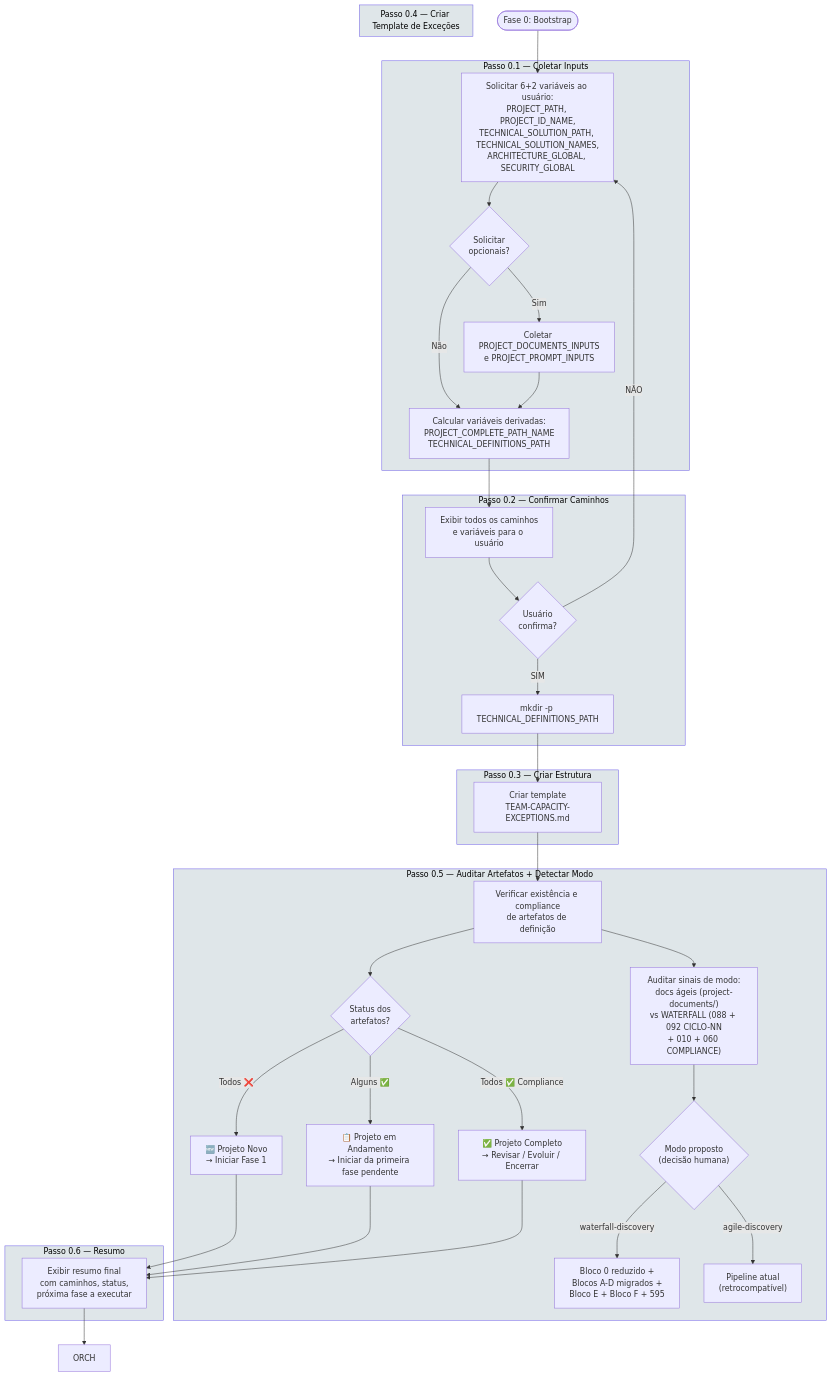
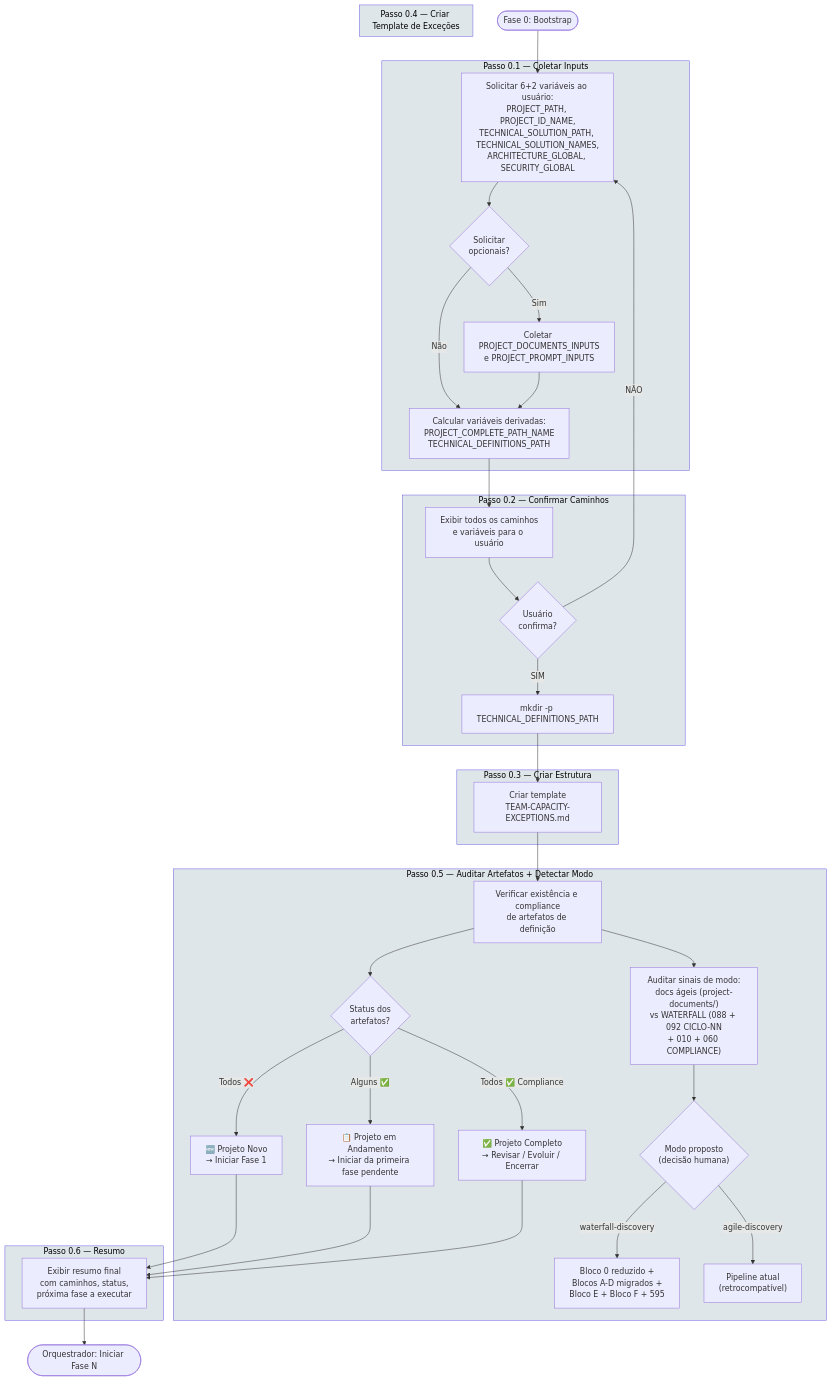
The second of 11 diagrams in .specs/prompts/project-technical-definitions/FLOWCHART-PROMPT-ROADMAP-GENERATE-PROJECT-TECHNICAL-DEFINITIONS.md (bolismar69/workspace-fbso), drawn with Mermaid before and after one commit. The commit also changed other lines of this file and 16 other files, not shown here.

First line of the commit message:
fix: consistência geral dos roadmaps e flowcharts — versões, Mermaid e referências internas

````diff
--- a/.specs/prompts/project-technical-definitions/FLOWCHART-PROMPT-ROADMAP-GENERATE-PROJECT-TECHNICAL-DEFINITIONS.md
+++ b/.specs/prompts/project-technical-definitions/FLOWCHART-PROMPT-ROADMAP-GENERATE-PROJECT-TECHNICAL-DEFINITIONS.md
@@ -124,51 +124,52 @@
 ```mermaid
 flowchart TD
     F0_START([Fase 0: Bootstrap]) --> F0_1
 
     subgraph PASSO_01[Passo 0.1 — Coletar Inputs]
         F0_1[Solicitar 6+2 variáveis ao usuário:<br/>PROJECT_PATH, PROJECT_ID_NAME,<br/>TECHNICAL_SOLUTION_PATH, TECHNICAL_SOLUTION_NAMES,<br/>ARCHITECTURE_GLOBAL, SECURITY_GLOBAL] --> F0_1_OPT{Solicitar<br/>opcionais?}
         F0_1_OPT -->|Sim| F0_1_OPT_IN[Coletar PROJECT_DOCUMENTS_INPUTS<br/>e PROJECT_PROMPT_INPUTS]
         F0_1_OPT -->|Não| F0_2
         F0_1_OPT_IN --> F0_2
     end
 
     subgraph PASSO_02[Passo 0.2 — Confirmar Caminhos]
         F0_2[Calcular variáveis derivadas:<br/>PROJECT_COMPLETE_PATH_NAME<br/>TECHNICAL_DEFINITIONS_PATH] --> F0_2_DISP[Exibir todos os caminhos<br/>e variáveis para o usuário]
         F0_2_DISP --> F0_2_CONF{Usuário<br/>confirma?}
         F0_2_CONF -->|NÃO| F0_1
         F0_2_CONF -->|SIM| F0_3
     end
 
     subgraph PASSO_03["Passo 0.3 — Criar Estrutura"]
         F0_3["mkdir -p TECHNICAL_DEFINITIONS_PATH"] --> F0_4
     end
 
     subgraph PASSO_04["Passo 0.4 — Criar Template de Exceções"]
         F0_4["Criar template<br/>TEAM-CAPACITY-EXCEPTIONS.md"]
     end
 
     subgraph PASSO_05["Passo 0.5 — Auditar Artefatos + Detectar Modo"]
         F0_4 --> F0_5["Verificar existência e compliance<br/>de artefatos de definição"] --> F0_5_DEC{Status dos<br/>artefatos?}
         F0_5_DEC -->|Todos ❌| F0_6A["🆕 Projeto Novo<br/>→ Iniciar Fase 1"]
         F0_5_DEC -->|Alguns ✅| F0_6B["📋 Projeto em Andamento<br/>→ Iniciar da primeira fase pendente"]
         F0_5_DEC -->|Todos ✅ Compliance| F0_6C["✅ Projeto Completo<br/>→ Revisar / Evoluir / Encerrar"]
         F0_5 --> F0_5_MODE["Auditar sinais de modo:<br/>docs ágeis (project-documents/)<br/>vs WATERFALL (088 + 092 CICLO-NN<br/>+ 010 + 060 COMPLIANCE)"] --> F0_5_MODE_DEC{"Modo proposto<br/>(decisão humana)"}
         F0_5_MODE_DEC -->|waterfall-discovery| F0_5_MODE_W["Bloco 0 reduzido +<br/>Blocos A-D migrados +<br/>Bloco E + Bloco F + 595"]
         F0_5_MODE_DEC -->|agile-discovery| F0_5_MODE_A["Pipeline atual<br/>(retrocompatível)"]
     end
 
     subgraph PASSO_06["Passo 0.6 — Resumo"]
         F0_6A --> F0_6["Exibir resumo final<br/>com caminhos, status,<br/>próxima fase a executar"]
         F0_6B --> F0_6
         F0_6C --> F0_6
     end
 
     F0_6 --> ORCH
 
     style PASSO_01 fill:#dfe6e9,stroke:#6c5ce7,color:#000000
     style PASSO_02 fill:#dfe6e9,stroke:#6c5ce7,color:#000000
     style PASSO_03 fill:#dfe6e9,stroke:#6c5ce7,color:#000000
     style PASSO_04 fill:#dfe6e9,stroke:#6c5ce7,color:#000000
     style PASSO_05 fill:#dfe6e9,stroke:#6c5ce7,color:#000000
     style PASSO_06 fill:#dfe6e9,stroke:#6c5ce7,color:#000000
+    ORCH(["Orquestrador: Iniciar Fase N"])
 ```
````
